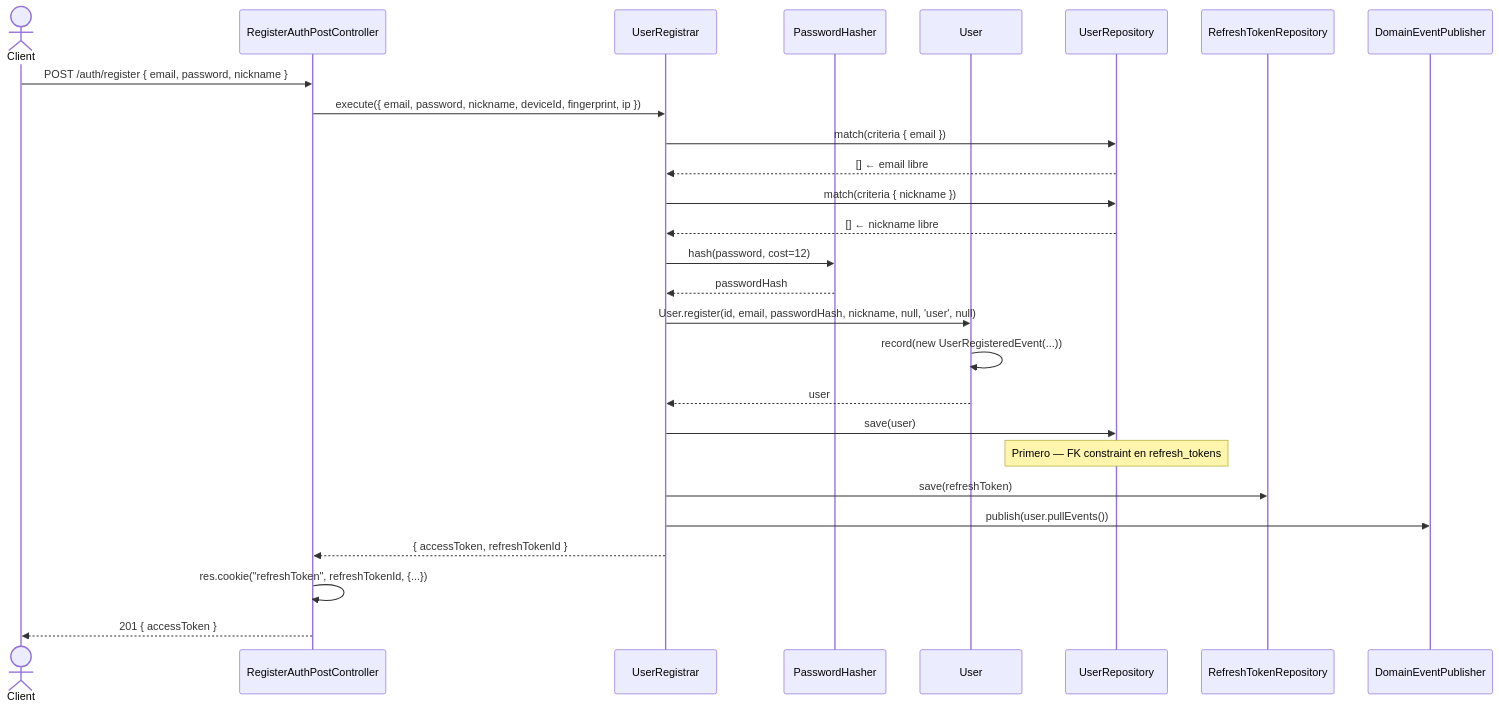
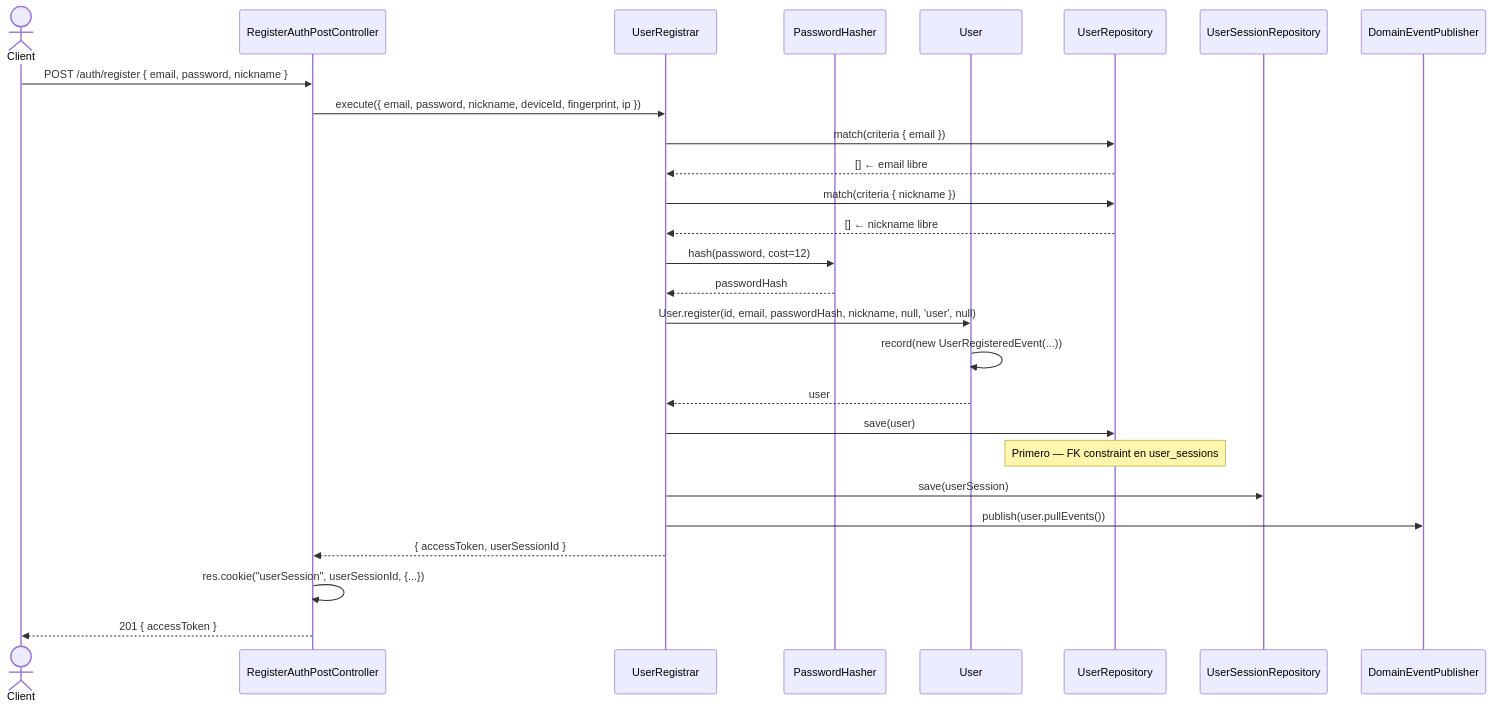
One commit to AbrahamVilchesDeLaCruz/ididntcatchthat changed the first of 2 diagrams in docs/apps/api/identity/register/sequence.md. Above: the diagram before and after it, drawn with Mermaid. The commit also changed 166 other files, not shown here.

First line of the commit message:
refactor(identity): replace RefreshToken with UserSession aggregate

````diff
--- a/docs/apps/api/identity/register/sequence.md
+++ b/docs/apps/api/identity/register/sequence.md
@@ -7,39 +7,39 @@
 ```mermaid
 sequenceDiagram
     actor Client
     participant C as RegisterAuthPostController
     participant UC as UserRegistrar
     participant PH as PasswordHasher
     participant U as User
     participant UREPO as UserRepository
-    participant RTREPO as RefreshTokenRepository
+    participant RTREPO as UserSessionRepository
     participant PUB as DomainEventPublisher
 
     Client->>C: POST /auth/register { email, password, nickname }
 
     C->>UC: execute({ email, password, nickname, deviceId, fingerprint, ip })
 
     UC->>UREPO: match(criteria { email })
     UREPO-->>UC: [] ← email libre
 
     UC->>UREPO: match(criteria { nickname })
     UREPO-->>UC: [] ← nickname libre
 
     UC->>PH: hash(password, cost=12)
     PH-->>UC: passwordHash
 
     UC->>U: User.register(id, email, passwordHash, nickname, null, 'user', null)
     U->>U: record(new UserRegisteredEvent(...))
     U-->>UC: user
 
     UC->>UREPO: save(user)
-    Note over UREPO: Primero — FK constraint en refresh_tokens
+    Note over UREPO: Primero — FK constraint en user_sessions
 
-    UC->>RTREPO: save(refreshToken)
+    UC->>RTREPO: save(userSession)
 
     UC->>PUB: publish(user.pullEvents())
 
-    UC-->>C: { accessToken, refreshTokenId }
-    C->>C: res.cookie("refreshToken", refreshTokenId, {...})
+    UC-->>C: { accessToken, userSessionId }
+    C->>C: res.cookie("userSession", userSessionId, {...})
     C-->>Client: 201 { accessToken }
 ```
````
